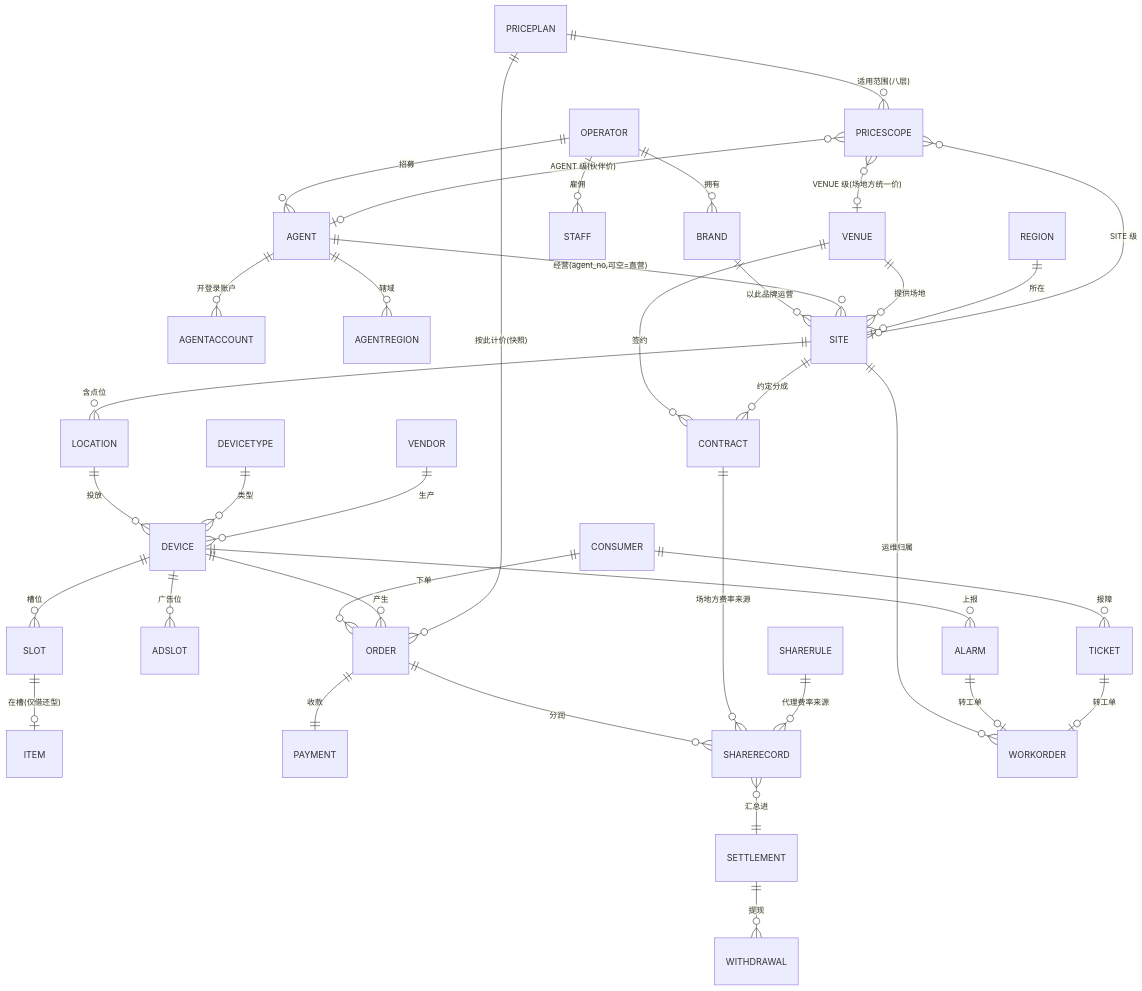
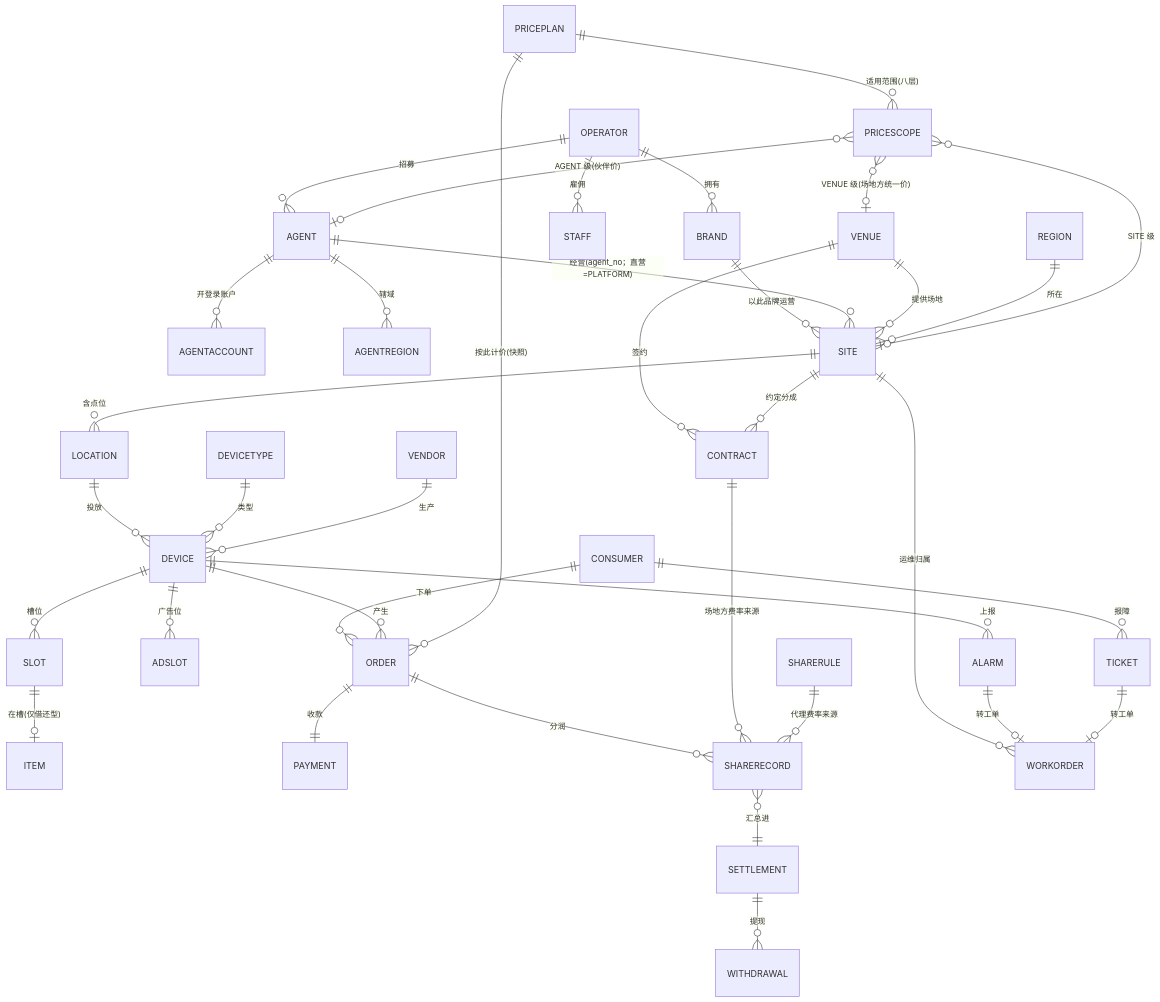
Before and after one commit to robinwu2021-code/sharehub: the diagram in docs/technical/领域模型-本体与关系.md, drawn with Mermaid. The commit also changed other lines of this file and 10 other files, not shown here.

````diff
--- a/docs/technical/领域模型-本体与关系.md
+++ b/docs/technical/领域模型-本体与关系.md
@@ -173,39 +178,39 @@
 ```mermaid
 erDiagram
   OPERATOR ||--o{ BRAND : "拥有"
   OPERATOR ||--o{ AGENT : "招募"
   OPERATOR ||--o{ STAFF : "雇佣"
   AGENT ||--o{ AGENTACCOUNT : "开登录账户"
   AGENT ||--o{ AGENTREGION : "辖域"
   BRAND ||--o{ SITE : "以此品牌运营"
-  AGENT ||--o{ SITE : "经营(agent_no,可空=直营)"
+  AGENT ||--o{ SITE : "经营(agent_no；直营=PLATFORM)"
   VENUE ||--o{ SITE : "提供场地"
   VENUE ||--o{ CONTRACT : "签约"
   SITE ||--o{ CONTRACT : "约定分成"
   REGION ||--o{ SITE : "所在"
   SITE ||--o{ LOCATION : "含点位"
   LOCATION ||--o{ DEVICE : "投放"
   DEVICETYPE ||--o{ DEVICE : "类型"
   VENDOR ||--o{ DEVICE : "生产"
   DEVICE ||--o{ SLOT : "槽位"
   SLOT ||--o| ITEM : "在槽(仅借还型)"
   DEVICE ||--o{ ADSLOT : "广告位"
   CONSUMER ||--o{ ORDER : "下单"
   DEVICE ||--o{ ORDER : "产生"
   PRICEPLAN ||--o{ PRICESCOPE : "适用范围(八层)"
   PRICESCOPE }o--o| SITE : "SITE 级"
   PRICESCOPE }o--o| VENUE : "VENUE 级(场地方统一价)"
   PRICESCOPE }o--o| AGENT : "AGENT 级(伙伴价)"
   PRICEPLAN ||--o{ ORDER : "按此计价(快照)"
   ORDER ||--|| PAYMENT : "收款"
   ORDER ||--o{ SHARERECORD : "分润"
   CONTRACT ||--o{ SHARERECORD : "场地方费率来源"
   SHARERULE ||--o{ SHARERECORD : "代理费率来源"
   SHARERECORD }o--|| SETTLEMENT : "汇总进"
   SETTLEMENT ||--o{ WITHDRAWAL : "提现"
   SITE ||--o{ WORKORDER : "运维归属"
   DEVICE ||--o{ ALARM : "上报"
   ALARM ||--o| WORKORDER : "转工单"
   CONSUMER ||--o{ TICKET : "报障"
   TICKET ||--o| WORKORDER : "转工单"
 ```
````
